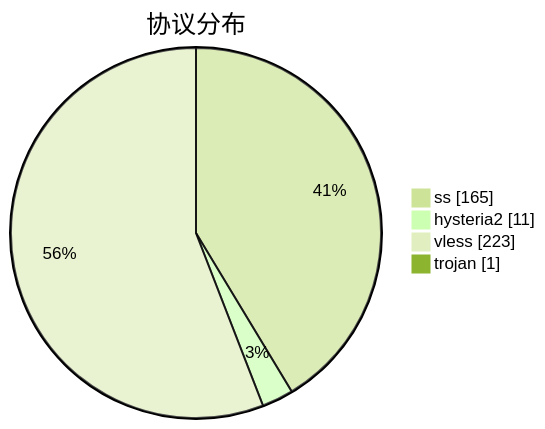
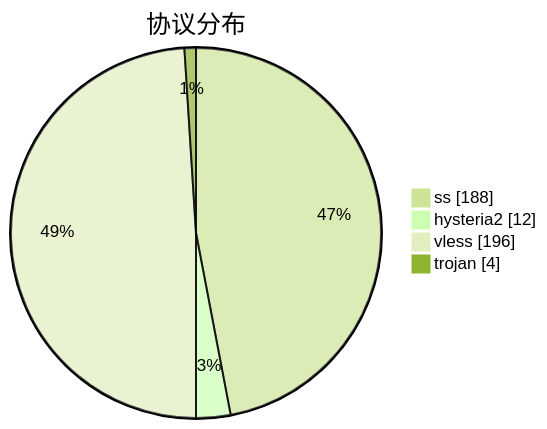
Before and after one commit to qjlxg/airport: the third of 3 diagrams in subs/statistics/tested_within.md, drawn with Mermaid (forest theme). The commit also changed other lines of this file and 2 other files, not shown here.

````diff
--- a/subs/statistics/tested_within.md
+++ b/subs/statistics/tested_within.md
@@ -18,8 +18,8 @@
 ```mermaid
 pie showData
 title 协议分布
-"ss" : 165
-"hysteria2" : 11
-"vless" : 223
-"trojan" : 1
+"ss" : 188
+"hysteria2" : 12
+"vless" : 196
+"trojan" : 4
 ```
````
